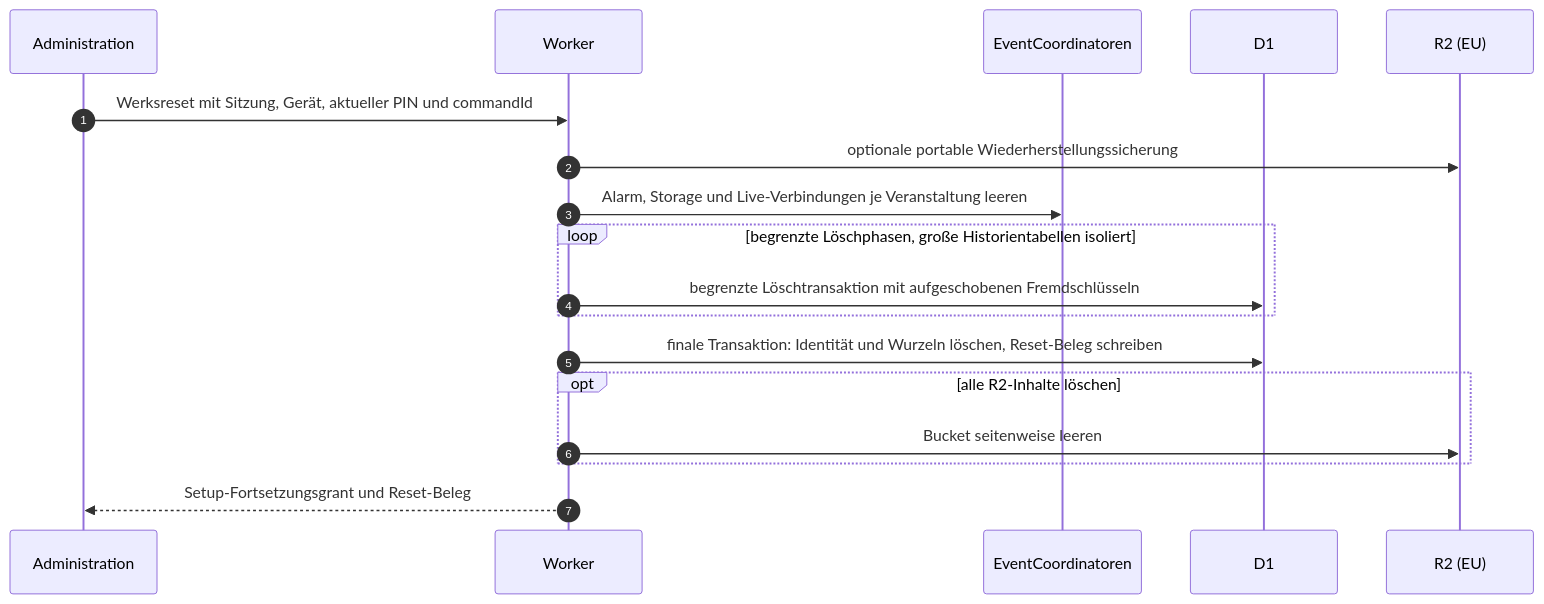
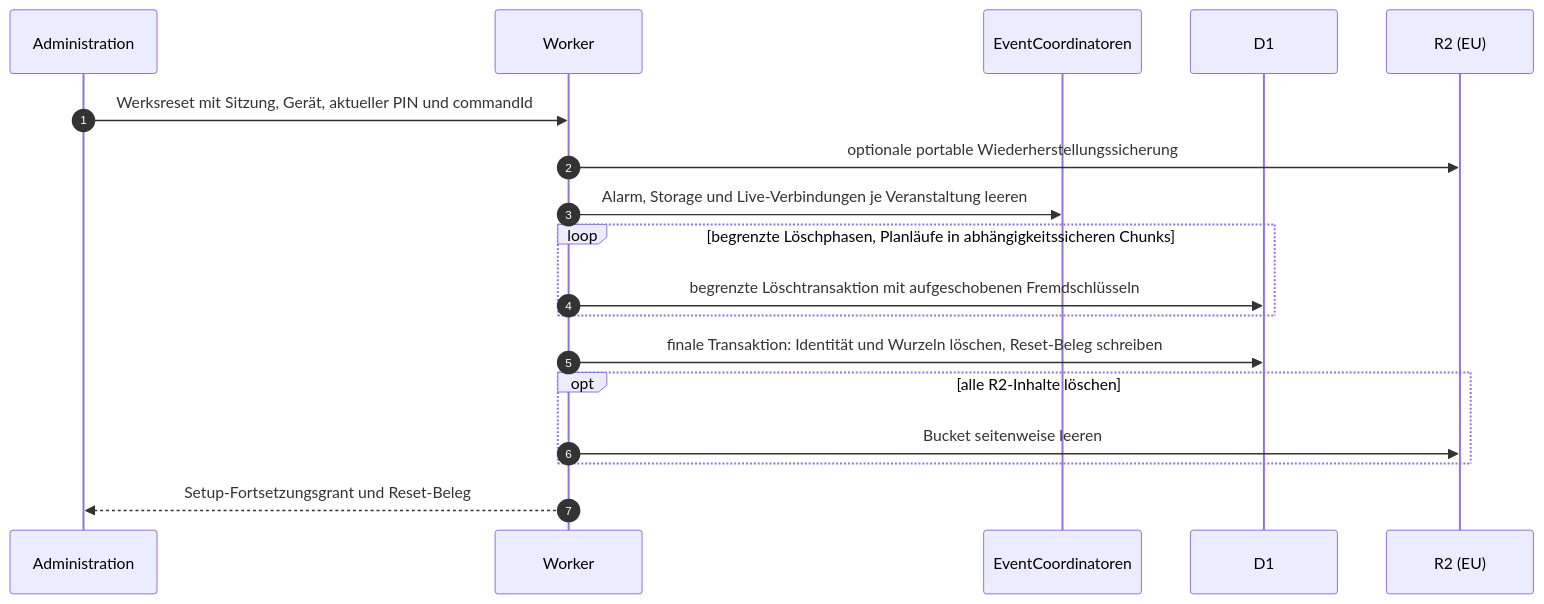
The eighth of 8 diagrams in docs/arc42/06-laufzeitsicht.md (aguther/rundflug-leitstand), drawn with Mermaid before and after one commit. The commit also changed 4 other files, not shown here.

````diff
--- a/docs/arc42/06-laufzeitsicht.md
+++ b/docs/arc42/06-laufzeitsicht.md
@@ -225,21 +225,21 @@
 ```mermaid
 sequenceDiagram
     autonumber
     participant A as Administration
     participant W as Worker
     participant DO as EventCoordinatoren
     participant D as D1
     participant R as R2 (EU)
 
     A->>W: Werksreset mit Sitzung, Gerät, aktueller PIN und commandId
     W->>R: optionale portable Wiederherstellungssicherung
     W->>DO: Alarm, Storage und Live-Verbindungen je Veranstaltung leeren
-    loop begrenzte Löschphasen, große Historientabellen isoliert
+    loop begrenzte Löschphasen, Planläufe in abhängigkeitssicheren Chunks
         W->>D: begrenzte Löschtransaktion mit aufgeschobenen Fremdschlüsseln
     end
     W->>D: finale Transaktion: Identität und Wurzeln löschen, Reset-Beleg schreiben
     opt alle R2-Inhalte löschen
         W->>R: Bucket seitenweise leeren
     end
     W-->>A: Setup-Fortsetzungsgrant und Reset-Beleg
 ```
````
